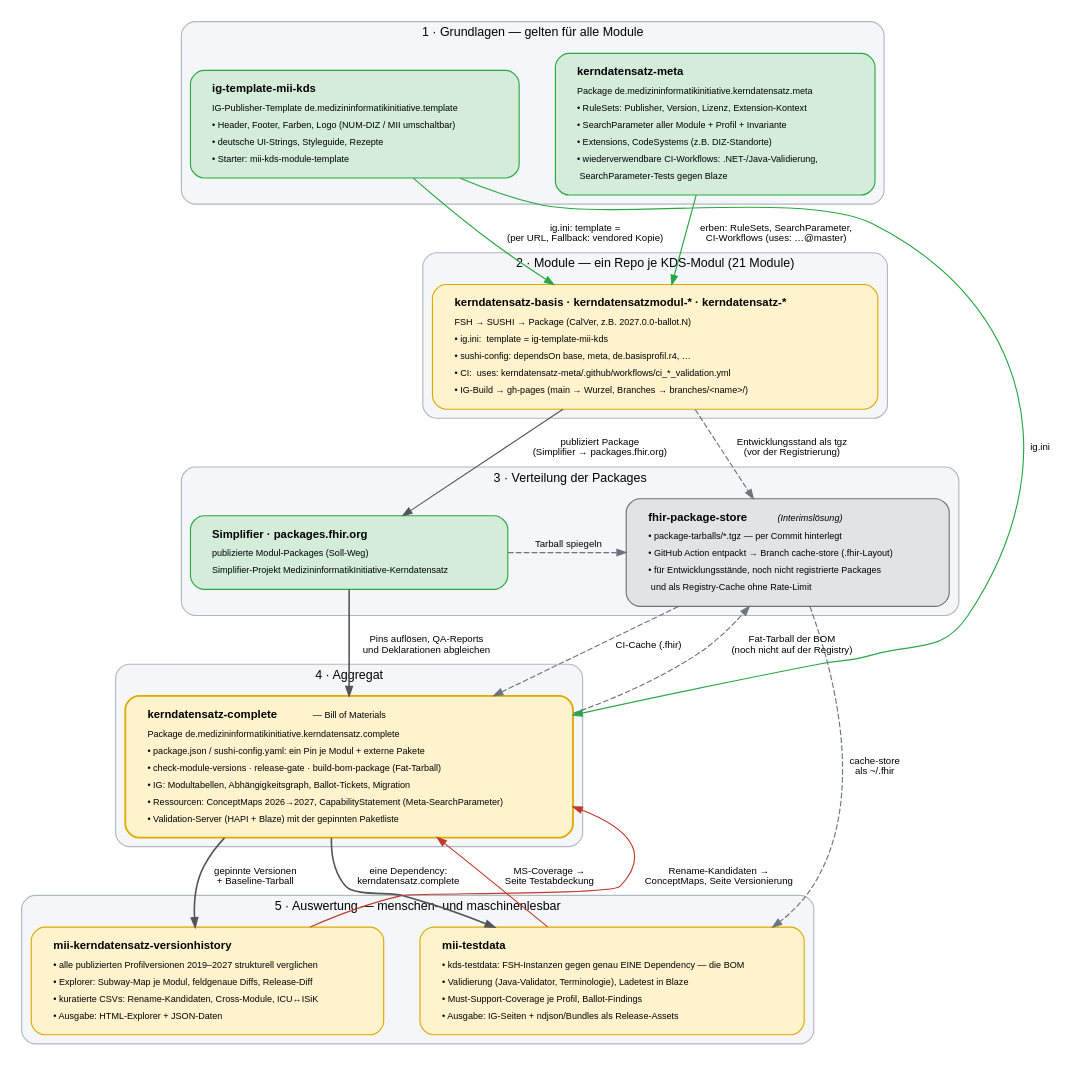
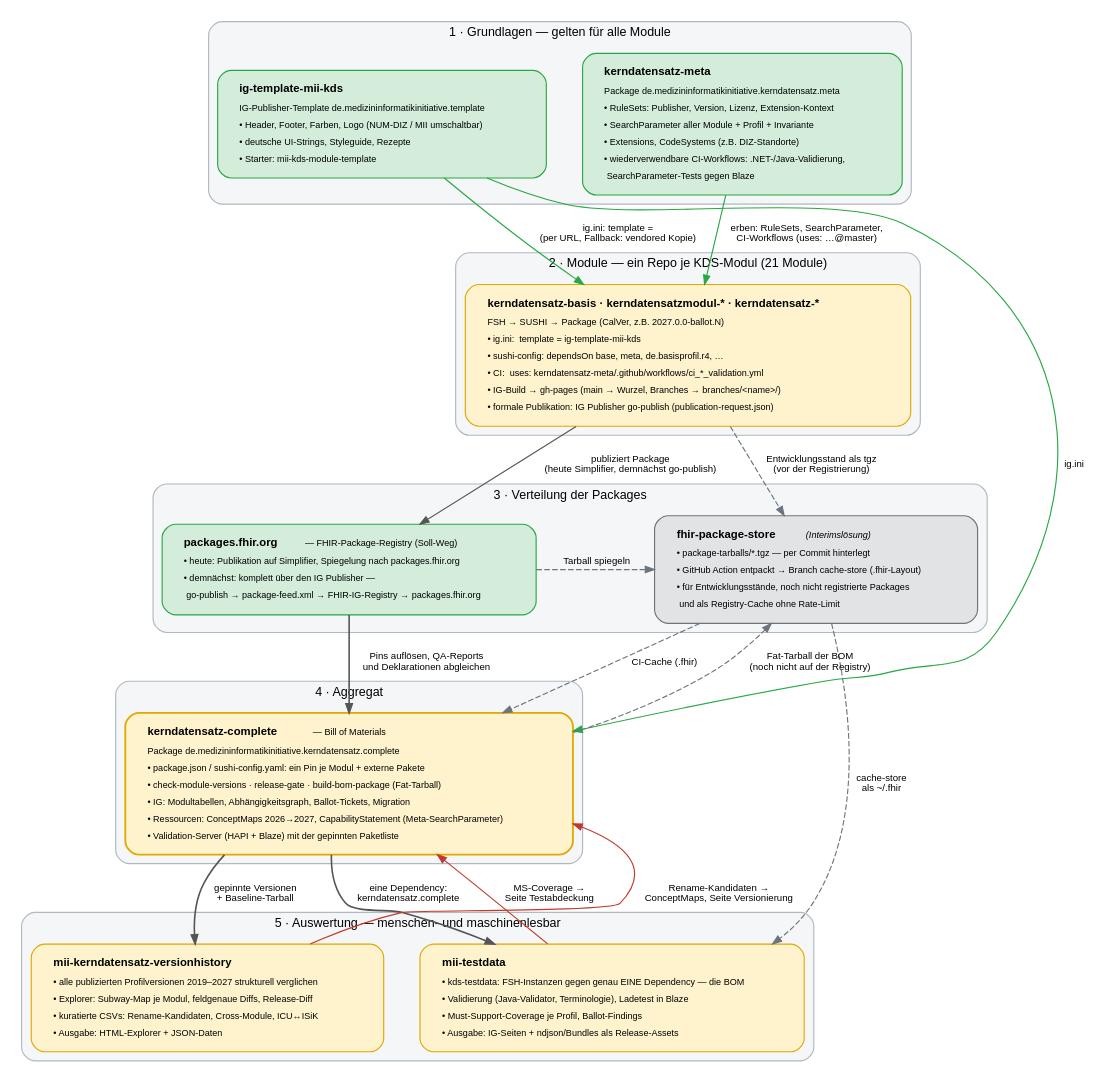
The diagram in dev-stack.dot (medizininformatik-initiative/kerndatensatz-complete), drawn with Graphviz before and after one commit. The commit also changed 3 other files, not shown here.

First line of the commit message:
Entwicklungsstack: Publikation heute Simplifier, demnaechst komplett IG Publisher

```diff
--- a/dev-stack.dot
+++ b/dev-stack.dot
@@ -1,147 +1,149 @@
 // Entwicklungsstack des MII Kerndatensatzes: von Meta und IG-Template ueber die
 // Modul-Repos und die Registries bis zur Complete-BOM und ihren Auswertungen.
 // Rendern:
 //   dot -Tpng dev-stack.dot -o input/images/dev-stack.png
 //   dot -Tsvg dev-stack.dot -o input/images/dev-stack.svg
 digraph DevStack {
   rankdir=TB;
   newrank=true;
   compound=true;
   splines=spline;
   nodesep=0.45;
   ranksep=0.7;
   fontname="Helvetica";
   fontsize=11;
   node [shape=box, style="rounded,filled", fontname="Helvetica", fontsize=10, margin="0.22,0.12"];
   edge [fontname="Helvetica", fontsize=8.5, color="#555555", arrowsize=0.8];
 
   // ---------- Ebene 1: Grundlagen ----------
   subgraph cluster_grundlagen {
     label="1 · Grundlagen — gelten für alle Module";
     style="rounded,filled"; fillcolor="#f4f6f8"; color="#b0b8c0"; fontsize=11;
 
     meta [fillcolor="#d4edda", color="#28a745", label=<
       <table border="0" cellborder="0" cellspacing="0" cellpadding="3">
         <tr><td align="left"><b>kerndatensatz-meta</b></td></tr>
         <tr><td align="left"><font point-size="8.5">Package de.medizininformatikinitiative.kerndatensatz.meta</font></td></tr>
         <tr><td align="left"><font point-size="8.5">• RuleSets: Publisher, Version, Lizenz, Extension-Kontext</font></td></tr>
         <tr><td align="left"><font point-size="8.5">• SearchParameter aller Module + Profil + Invariante</font></td></tr>
         <tr><td align="left"><font point-size="8.5">• Extensions, CodeSystems (z.B. DIZ-Standorte)</font></td></tr>
         <tr><td align="left"><font point-size="8.5">• wiederverwendbare CI-Workflows: .NET-/Java-Validierung,</font></td></tr>
         <tr><td align="left"><font point-size="8.5">  SearchParameter-Tests gegen Blaze</font></td></tr>
       </table>>];
 
     template [fillcolor="#d4edda", color="#28a745", label=<
       <table border="0" cellborder="0" cellspacing="0" cellpadding="3">
         <tr><td align="left"><b>ig-template-mii-kds</b></td></tr>
         <tr><td align="left"><font point-size="8.5">IG-Publisher-Template de.medizininformatikinitiative.template</font></td></tr>
         <tr><td align="left"><font point-size="8.5">• Header, Footer, Farben, Logo (NUM-DIZ / MII umschaltbar)</font></td></tr>
         <tr><td align="left"><font point-size="8.5">• deutsche UI-Strings, Styleguide, Rezepte</font></td></tr>
         <tr><td align="left"><font point-size="8.5">• Starter: mii-kds-module-template</font></td></tr>
       </table>>];
   }
 
   // ---------- Ebene 2: Module ----------
   subgraph cluster_module {
     label="2 · Module — ein Repo je KDS-Modul (21 Module)";
     style="rounded,filled"; fillcolor="#f4f6f8"; color="#b0b8c0"; fontsize=11;
 
     module [fillcolor="#fff3cd", color="#e0a800", label=<
       <table border="0" cellborder="0" cellspacing="0" cellpadding="3">
         <tr><td align="left"><b>kerndatensatz-basis · kerndatensatzmodul-* · kerndatensatz-*</b></td></tr>
         <tr><td align="left"><font point-size="8.5">FSH → SUSHI → Package (CalVer, z.B. 2027.0.0-ballot.N)</font></td></tr>
         <tr><td align="left"><font point-size="8.5">• ig.ini:  template = ig-template-mii-kds</font></td></tr>
         <tr><td align="left"><font point-size="8.5">• sushi-config: dependsOn base, meta, de.basisprofil.r4, …</font></td></tr>
         <tr><td align="left"><font point-size="8.5">• CI:  uses: kerndatensatz-meta/.github/workflows/ci_*_validation.yml</font></td></tr>
         <tr><td align="left"><font point-size="8.5">• IG-Build → gh-pages (main → Wurzel, Branches → branches/&lt;name&gt;/)</font></td></tr>
+        <tr><td align="left"><font point-size="8.5">• formale Publikation: IG Publisher go-publish (publication-request.json)</font></td></tr>
       </table>>];
   }
 
   // ---------- Ebene 3: Verteilung ----------
   subgraph cluster_verteilung {
     label="3 · Verteilung der Packages";
     style="rounded,filled"; fillcolor="#f4f6f8"; color="#b0b8c0"; fontsize=11;
 
     registry [fillcolor="#d4edda", color="#28a745", label=<
       <table border="0" cellborder="0" cellspacing="0" cellpadding="3">
-        <tr><td align="left"><b>Simplifier · packages.fhir.org</b></td></tr>
-        <tr><td align="left"><font point-size="8.5">publizierte Modul-Packages (Soll-Weg)</font></td></tr>
-        <tr><td align="left"><font point-size="8.5">Simplifier-Projekt MedizininformatikInitiative-Kerndatensatz</font></td></tr>
+        <tr><td align="left"><b>packages.fhir.org</b>  <font point-size="8.5">— FHIR-Package-Registry (Soll-Weg)</font></td></tr>
+        <tr><td align="left"><font point-size="8.5">• heute: Publikation auf Simplifier, Spiegelung nach packages.fhir.org</font></td></tr>
+        <tr><td align="left"><font point-size="8.5">• demnächst: komplett über den IG Publisher —</font></td></tr>
+        <tr><td align="left"><font point-size="8.5">  go-publish → package-feed.xml → FHIR-IG-Registry → packages.fhir.org</font></td></tr>
       </table>>];
 
     store [fillcolor="#e2e3e5", color="#6c757d", label=<
       <table border="0" cellborder="0" cellspacing="0" cellpadding="3">
         <tr><td align="left"><b>fhir-package-store</b>  <font point-size="8.5"><i>(Interimslösung)</i></font></td></tr>
         <tr><td align="left"><font point-size="8.5">• package-tarballs/*.tgz — per Commit hinterlegt</font></td></tr>
         <tr><td align="left"><font point-size="8.5">• GitHub Action entpackt → Branch cache-store (.fhir-Layout)</font></td></tr>
         <tr><td align="left"><font point-size="8.5">• für Entwicklungsstände, noch nicht registrierte Packages</font></td></tr>
         <tr><td align="left"><font point-size="8.5">  und als Registry-Cache ohne Rate-Limit</font></td></tr>
       </table>>];
   }
 
   // ---------- Ebene 4: Aggregat ----------
   subgraph cluster_bom {
     label="4 · Aggregat";
     style="rounded,filled"; fillcolor="#f4f6f8"; color="#b0b8c0"; fontsize=11;
 
     bom [fillcolor="#fff3cd", color="#e0a800", penwidth=1.6, label=<
       <table border="0" cellborder="0" cellspacing="0" cellpadding="3">
         <tr><td align="left"><b>kerndatensatz-complete</b>  <font point-size="8.5">— Bill of Materials</font></td></tr>
         <tr><td align="left"><font point-size="8.5">Package de.medizininformatikinitiative.kerndatensatz.complete</font></td></tr>
         <tr><td align="left"><font point-size="8.5">• package.json / sushi-config.yaml: ein Pin je Modul + externe Pakete</font></td></tr>
         <tr><td align="left"><font point-size="8.5">• check-module-versions · release-gate · build-bom-package (Fat-Tarball)</font></td></tr>
         <tr><td align="left"><font point-size="8.5">• IG: Modultabellen, Abhängigkeitsgraph, Ballot-Tickets, Migration</font></td></tr>
         <tr><td align="left"><font point-size="8.5">• Ressourcen: ConceptMaps 2026→2027, CapabilityStatement (Meta-SearchParameter)</font></td></tr>
         <tr><td align="left"><font point-size="8.5">• Validation-Server (HAPI + Blaze) mit der gepinnten Paketliste</font></td></tr>
       </table>>];
   }
 
   // ---------- Ebene 5: Auswertung ----------
   subgraph cluster_auswertung {
     label="5 · Auswertung — menschen- und maschinenlesbar";
     style="rounded,filled"; fillcolor="#f4f6f8"; color="#b0b8c0"; fontsize=11;
 
     testdata [fillcolor="#fff3cd", color="#e0a800", label=<
       <table border="0" cellborder="0" cellspacing="0" cellpadding="3">
         <tr><td align="left"><b>mii-testdata</b></td></tr>
         <tr><td align="left"><font point-size="8.5">• kds-testdata: FSH-Instanzen gegen genau EINE Dependency — die BOM</font></td></tr>
         <tr><td align="left"><font point-size="8.5">• Validierung (Java-Validator, Terminologie), Ladetest in Blaze</font></td></tr>
         <tr><td align="left"><font point-size="8.5">• Must-Support-Coverage je Profil, Ballot-Findings</font></td></tr>
         <tr><td align="left"><font point-size="8.5">• Ausgabe: IG-Seiten + ndjson/Bundles als Release-Assets</font></td></tr>
       </table>>];
 
     history [fillcolor="#fff3cd", color="#e0a800", label=<
       <table border="0" cellborder="0" cellspacing="0" cellpadding="3">
         <tr><td align="left"><b>mii-kerndatensatz-versionhistory</b></td></tr>
         <tr><td align="left"><font point-size="8.5">• alle publizierten Profilversionen 2019–2027 strukturell verglichen</font></td></tr>
         <tr><td align="left"><font point-size="8.5">• Explorer: Subway-Map je Modul, feldgenaue Diffs, Release-Diff</font></td></tr>
         <tr><td align="left"><font point-size="8.5">• kuratierte CSVs: Rename-Kandidaten, Cross-Module, ICU↔ISiK</font></td></tr>
         <tr><td align="left"><font point-size="8.5">• Ausgabe: HTML-Explorer + JSON-Daten</font></td></tr>
       </table>>];
   }
 
   // ---------- Kanten ----------
   meta     -> module   [label="  erben: RuleSets, SearchParameter,\n  CI-Workflows (uses: …@master)", color="#28a745"];
   template -> module   [label="  ig.ini: template =\n  (per URL, Fallback: vendored Kopie)", color="#28a745"];
   template -> bom      [label="  ig.ini", color="#28a745", constraint=false];
 
-  module   -> registry [label="  publiziert Package\n  (Simplifier → packages.fhir.org)"];
+  module   -> registry [label="  publiziert Package\n  (heute Simplifier, demnächst go-publish)"];
   module   -> store    [label="  Entwicklungsstand als tgz\n  (vor der Registrierung)", style=dashed, color="#6c757d"];
   registry -> store    [label="  Tarball spiegeln", style=dashed, color="#6c757d"];
 
   registry -> bom      [label="  Pins auflösen, QA-Reports\n  und Deklarationen abgleichen", penwidth=1.4];
   store    -> bom      [label="  CI-Cache (.fhir)", style=dashed, color="#6c757d"];
   bom      -> store    [label="  Fat-Tarball der BOM\n  (noch nicht auf der Registry)", style=dashed, color="#6c757d", constraint=false];
 
   bom      -> testdata [label="  eine Dependency:\n  kerndatensatz.complete", penwidth=1.4];
   store    -> testdata [label="  cache-store\n  als ~/.fhir", style=dashed, color="#6c757d"];
   bom      -> history  [label="  gepinnte Versionen\n  + Baseline-Tarball", penwidth=1.4];
 
   testdata -> bom      [label="  MS-Coverage →\n  Seite Testabdeckung", color="#c0392b", constraint=false];
   history  -> bom      [label="  Rename-Kandidaten →\n  ConceptMaps, Seite Versionierung", color="#c0392b", constraint=false];
 
   // Ebenen ausrichten
   { rank=same; meta; template; }
   { rank=same; registry; store; }
   { rank=same; testdata; history; }
 }
```
